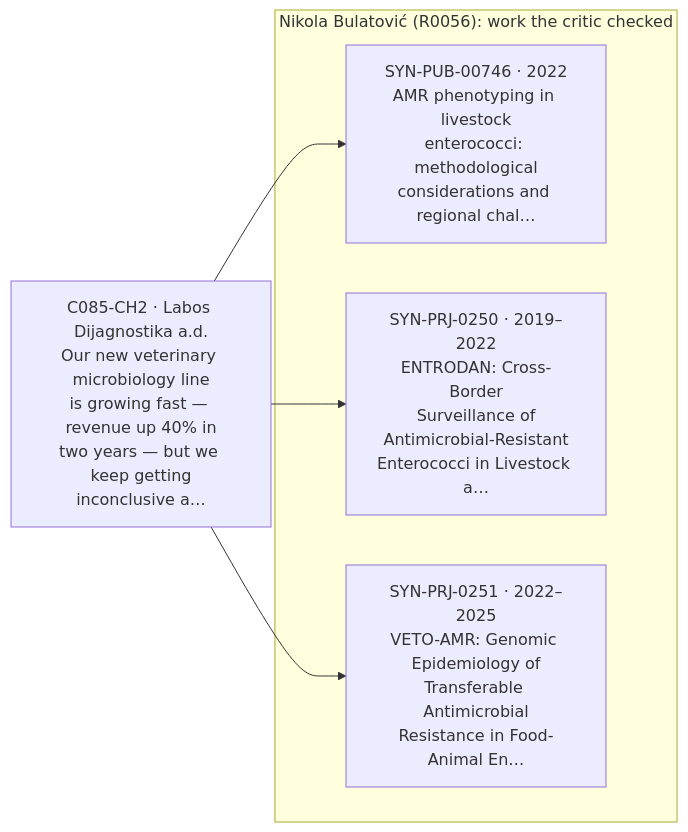
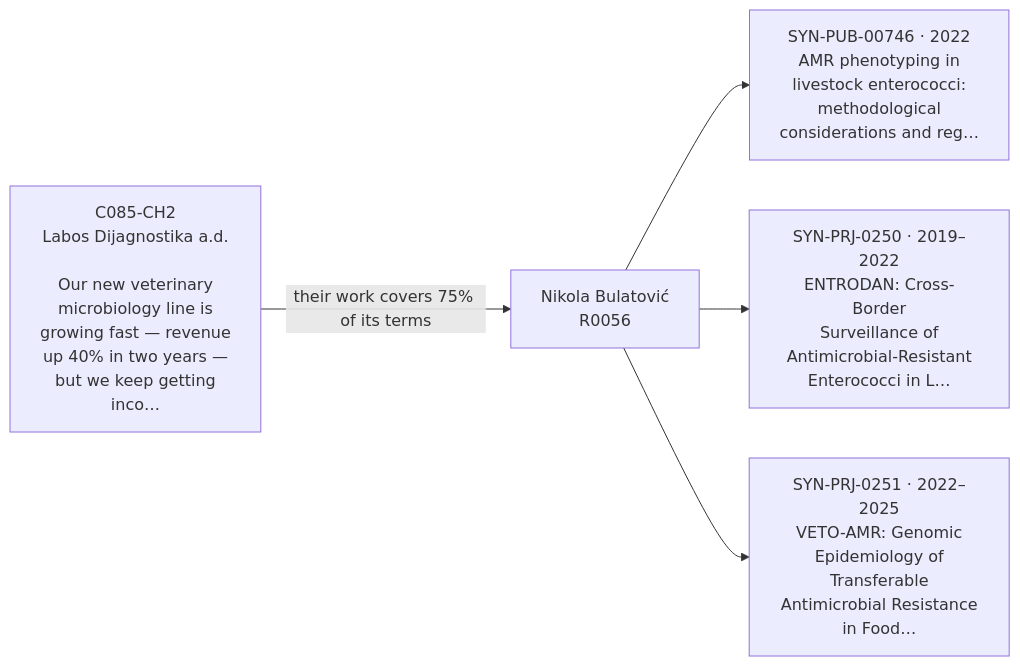
The first of 3 diagrams in runs/2026-10-31-full/proposals/02-C085-R0056.md (JannetEkka/spona), drawn with Mermaid before and after one commit. The commit also changed 12 other files, not shown here.

First line of the commit message:
Clearer evidence chart, both models in the diagram, submission screenshots

````diff
--- a/runs/2026-10-31-full/proposals/02-C085-R0056.md
+++ b/runs/2026-10-31-full/proposals/02-C085-R0056.md
@@ -16,12 +16,12 @@
 ```mermaid
 flowchart LR
-    need["C085-CH2 · Labos Dijagnostika a.d.<br/>Our new veterinary microbiology line<br/>is growing fast — revenue up 40% in<br/>two years — but we keep getting<br/>inconclusive a…"]
-    subgraph work["Nikola Bulatović (R0056): work the critic checked"]
-        e1["SYN-PUB-00746 · 2022<br/>AMR phenotyping in livestock<br/>enterococci: methodological<br/>considerations and regional chal…"]
-        e2["SYN-PRJ-0250 · 2019–2022<br/>ENTRODAN: Cross-Border<br/>Surveillance of<br/>Antimicrobial-Resistant<br/>Enterococci in Livestock a…"]
-        e3["SYN-PRJ-0251 · 2022–2025<br/>VETO-AMR: Genomic Epidemiology of<br/>Transferable Antimicrobial<br/>Resistance in Food-Animal En…"]
-    end
-    need --> e1
-    need --> e2
-    need --> e3
+    need["C085-CH2<br/>Labos Dijagnostika a.d.<br/><br/>Our new veterinary<br/>microbiology line is<br/>growing fast — revenue<br/>up 40% in two years —<br/>but we keep getting<br/>inco…"]
+    who["Nikola Bulatović<br/>R0056"]
+    e1["SYN-PUB-00746 · 2022<br/>AMR phenotyping in<br/>livestock enterococci:<br/>methodological<br/>considerations and reg…"]
+    e2["SYN-PRJ-0250 · 2019–2022<br/>ENTRODAN: Cross-Border<br/>Surveillance of<br/>Antimicrobial-Resistant<br/>Enterococci in L…"]
+    e3["SYN-PRJ-0251 · 2022–2025<br/>VETO-AMR: Genomic<br/>Epidemiology of<br/>Transferable<br/>Antimicrobial Resistance<br/>in Food…"]
+    need -->|"their work covers 75% of its terms"| who
+    who --> e1
+    who --> e2
+    who --> e3
 ```
````
